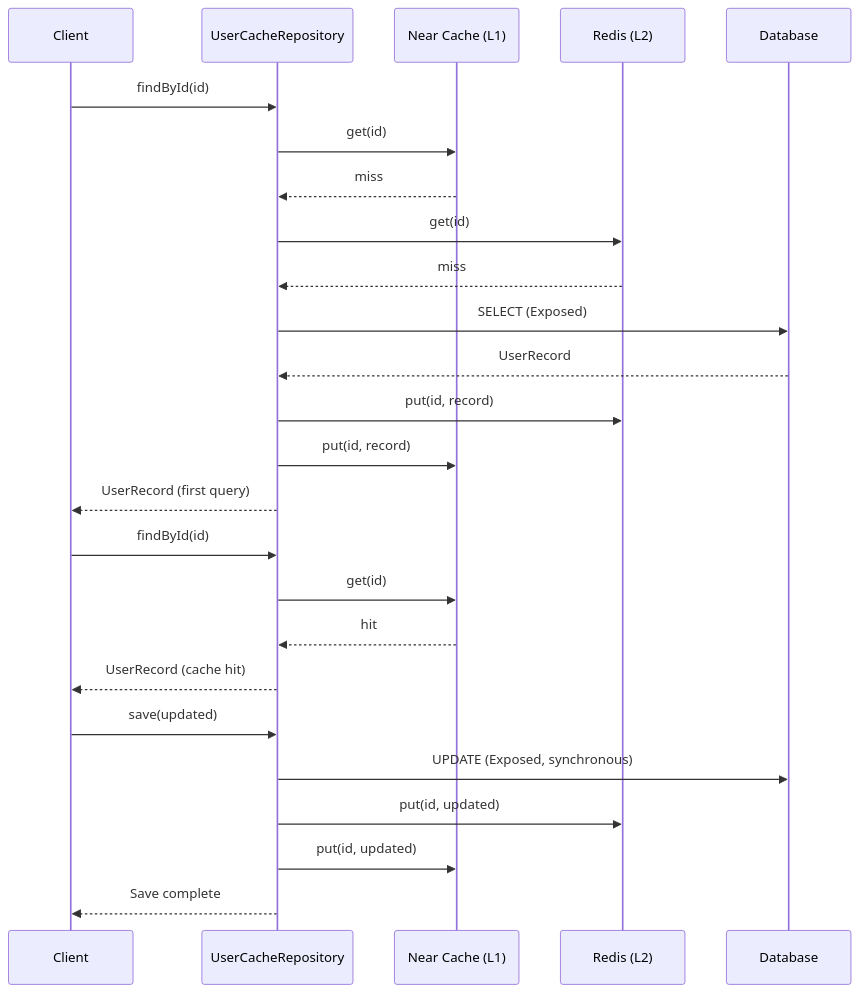
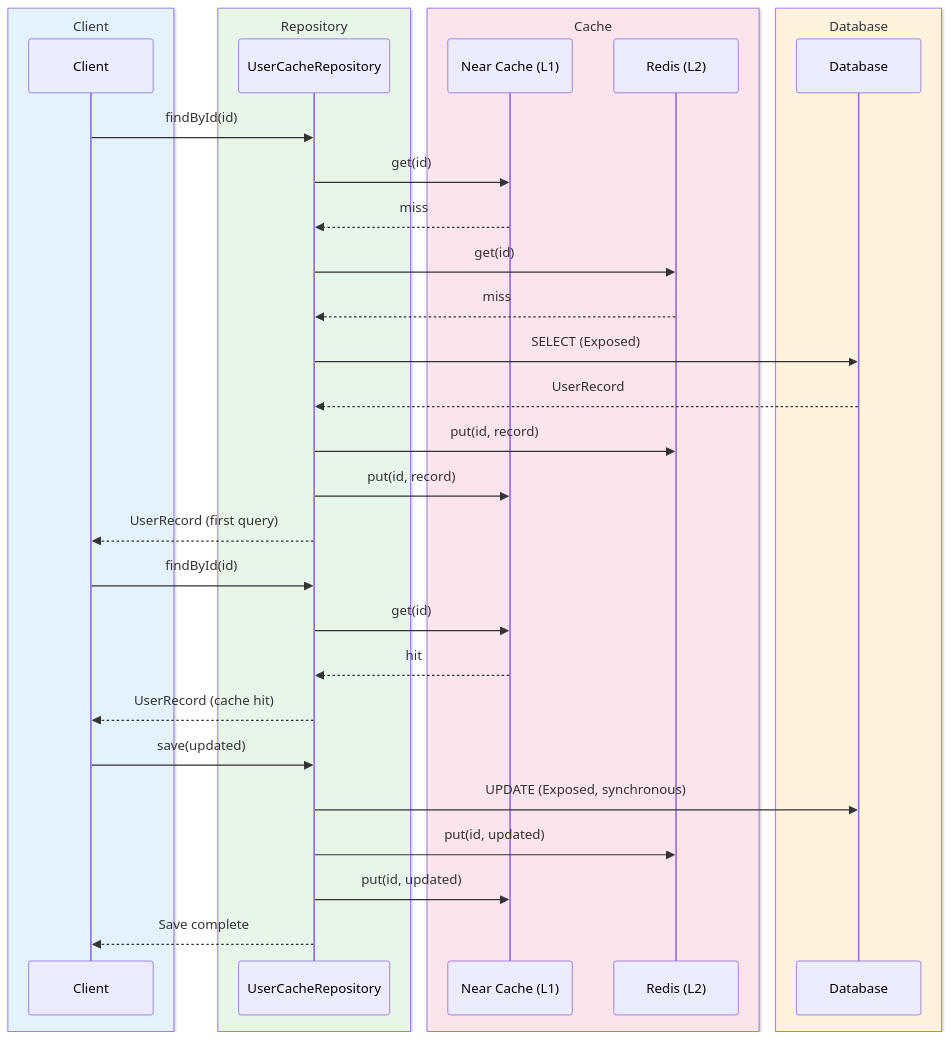
Before and after one commit to bluetape4k/exposed-workshop: the fifth of 5 diagrams in 11-high-performance/01-cache-strategies/README.md, drawn with Mermaid. The commit also changed other lines of this file and 43 other files, not shown here.

First line of the commit message:
docs: sequence diagram에 box rgb() 파스텔 영역 적용

````diff
--- a/11-high-performance/01-cache-strategies/README.md
+++ b/11-high-performance/01-cache-strategies/README.md
@@ -211,28 +219,36 @@
 ```mermaid
-%%{init: {"theme": "neutral", "themeVariables": {"fontFamily": "'Comic Mono', 'goorm sans code', 'JetBrains Mono', 'goorm sans'", "actorBkg": "#E3F2FD", "actorBorder": "#90CAF9", "actorTextColor": "#1565C0", "actorLineColor": "#90CAF9", "activationBkgColor": "#E8F5E9", "activationBorderColor": "#A5D6A7", "labelBoxBkgColor": "#FFF3E0", "labelBoxBorderColor": "#FFCC80", "labelTextColor": "#E65100", "loopTextColor": "#6A1B9A", "noteBkgColor": "#F3E5F5", "noteBorderColor": "#CE93D8", "noteTextColor": "#6A1B9A", "signalColor": "#1565C0", "signalTextColor": "#1565C0"}}}%%
+%%{init: {"theme": "neutral", "themeVariables": {"fontFamily": "'Comic Mono', 'goorm sans code', 'JetBrains Mono', 'goorm sans'"}}}%%
 sequenceDiagram
-    participant C as Client
-    participant R as UserCacheRepository
-    participant NC as Near Cache (L1)
-    participant RD as Redis (L2)
-    participant DB as Database
+    box rgb(227, 242, 253) Client
+        participant C as Client
+    end
+    box rgb(232, 245, 233) Repository
+        participant R as UserCacheRepository
+    end
+    box rgb(252, 228, 236) Cache
+        participant NC as Near Cache (L1)
+        participant RD as Redis (L2)
+    end
+    box rgb(255, 243, 224) Database
+        participant DB as Database
+    end
     C ->> R: findById(id)
     R ->> NC: get(id)
     NC -->> R: miss
     R ->> RD: get(id)
     RD -->> R: miss
     R ->> DB: SELECT (Exposed)
     DB -->> R: UserRecord
     R ->> RD: put(id, record)
     R ->> NC: put(id, record)
     R -->> C: UserRecord (first query)
     C ->> R: findById(id)
     R ->> NC: get(id)
     NC -->> R: hit
     R -->> C: UserRecord (cache hit)
     C ->> R: save(updated)
     R ->> DB: UPDATE (Exposed, synchronous)
     R ->> RD: put(id, updated)
     R ->> NC: put(id, updated)
     R -->> C: Save complete
 ```
````
